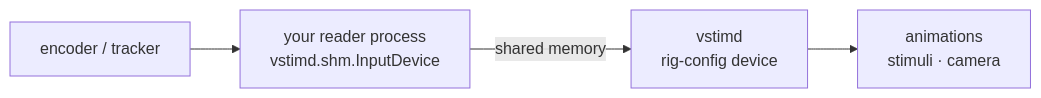
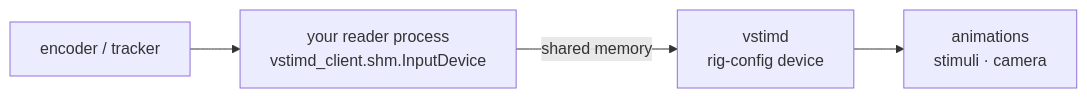
One commit to braemons/vstimd changed the diagram in docs/concepts/input-devices.md. Above: the diagram before and after it, drawn with Mermaid. The commit also changed other lines of this file and 573 other files, not shown here.

First line of the commit message:
feat!: vstimd_client and vstimctl; mDNS from the server; the hostname moves to braemons-rig

````diff
--- a/docs/concepts/input-devices.md
+++ b/docs/concepts/input-devices.md
@@ -8,6 +8,6 @@
 ```mermaid
 flowchart LR
-    hw[encoder / tracker] --> reader[your reader process<br/>vstimd.shm.InputDevice]
+    hw[encoder / tracker] --> reader[your reader process<br/>vstimd_client.shm.InputDevice]
     reader -- shared memory --> vstimd[vstimd<br/>rig-config device]
     vstimd --> anim[animations<br/>stimuli · camera]
 ```
````
